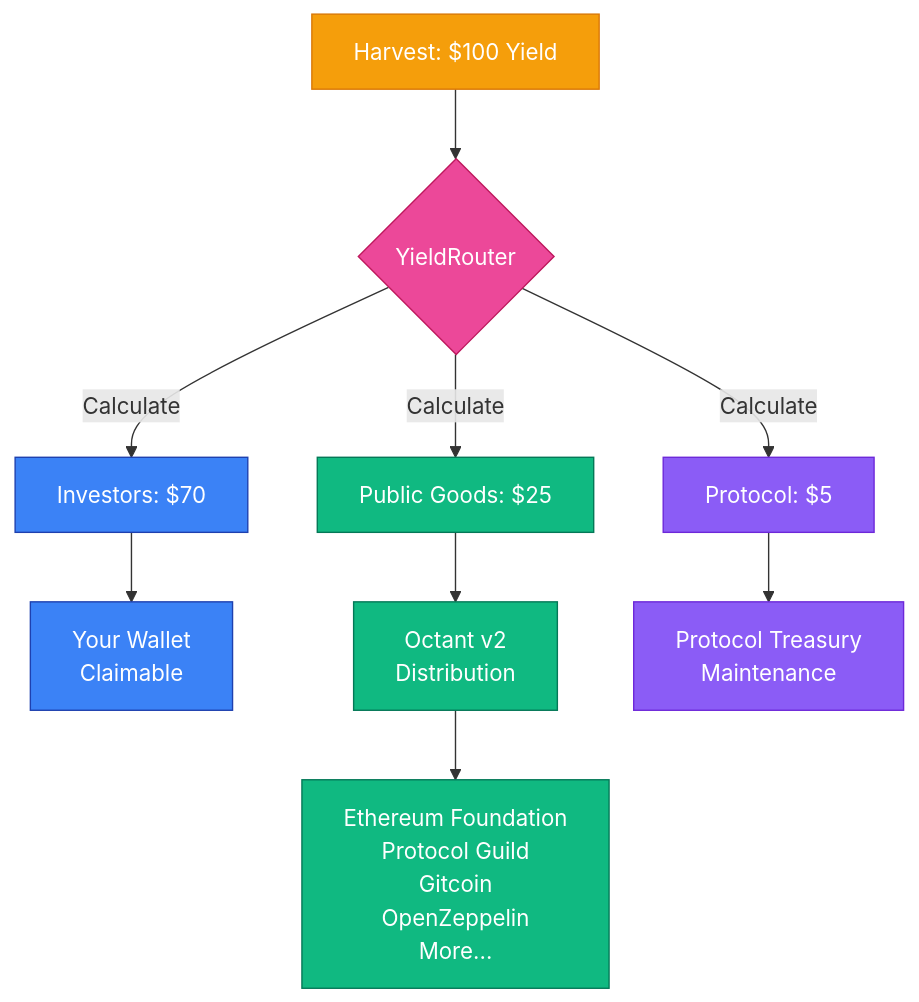
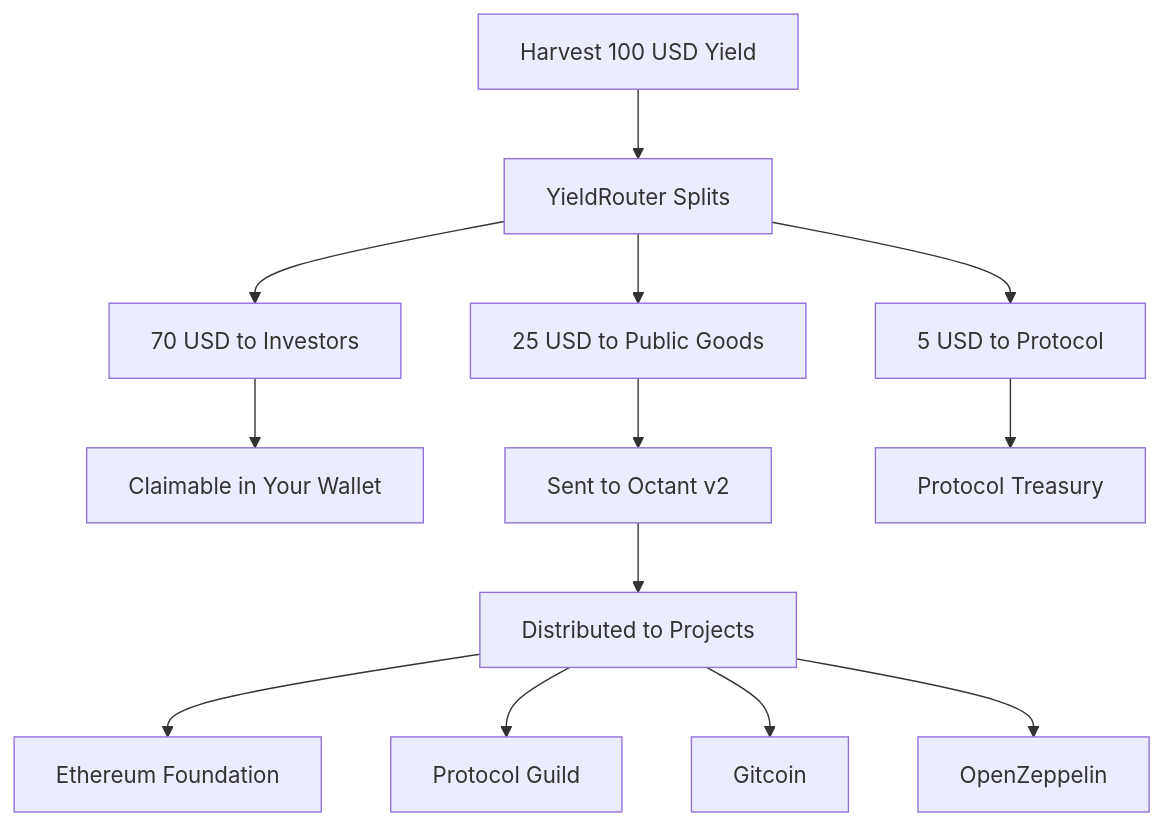
The second of 2 diagrams in docs/how-it-works.md (yeheskieltame/Aruna), drawn with Mermaid before and after one commit. The commit also changed other lines of this file and 7 other files, not shown here.

````diff
--- a/docs/how-it-works.md
+++ b/docs/how-it-works.md
@@ -127,26 +126,17 @@
 ```mermaid
-graph TB
-    HARVEST[Harvest: $100 Yield] --> ROUTER{YieldRouter}
+graph TD
+    A[Harvest 100 USD Yield] --> B[YieldRouter Splits]
+    B --> C[70 USD to Investors]
+    B --> D[25 USD to Public Goods]
+    B --> E[5 USD to Protocol]
 
-    ROUTER -->|Calculate| INV[Investors: $70]
-    ROUTER -->|Calculate| PG[Public Goods: $25]
-    ROUTER -->|Calculate| PROTO[Protocol: $5]
+    C --> C1[Claimable in Your Wallet]
+    D --> D1[Sent to Octant v2]
+    E --> E1[Protocol Treasury]
 
-    INV --> INV_WALLET[Your Wallet<br/>Claimable]
-    PG --> OCTANT[Octant v2<br/>Distribution]
-    PROTO --> TREASURY[Protocol Treasury<br/>Maintenance]
-
-    OCTANT --> PROJECTS[Ethereum Foundation<br/>Protocol Guild<br/>Gitcoin<br/>OpenZeppelin<br/>More...]
-
-    classDef harvestClass fill:#F59E0B,stroke:#D97706,color:#fff
-    classDef routerClass fill:#EC4899,stroke:#BE185D,color:#fff
-    classDef invClass fill:#3B82F6,stroke:#1E40AF,color:#fff
-    classDef pgClass fill:#10B981,stroke:#047857,color:#fff
-    classDef protoClass fill:#8B5CF6,stroke:#6D28D9,color:#fff
-
-    class HARVEST harvestClass
-    class ROUTER routerClass
-    class INV,INV_WALLET invClass
-    class PG,OCTANT,PROJECTS pgClass
-    class PROTO,TREASURY protoClass
+    D1 --> D2[Distributed to Projects]
+    D2 --> P1[Ethereum Foundation]
+    D2 --> P2[Protocol Guild]
+    D2 --> P3[Gitcoin]
+    D2 --> P4[OpenZeppelin]
 ```
````
